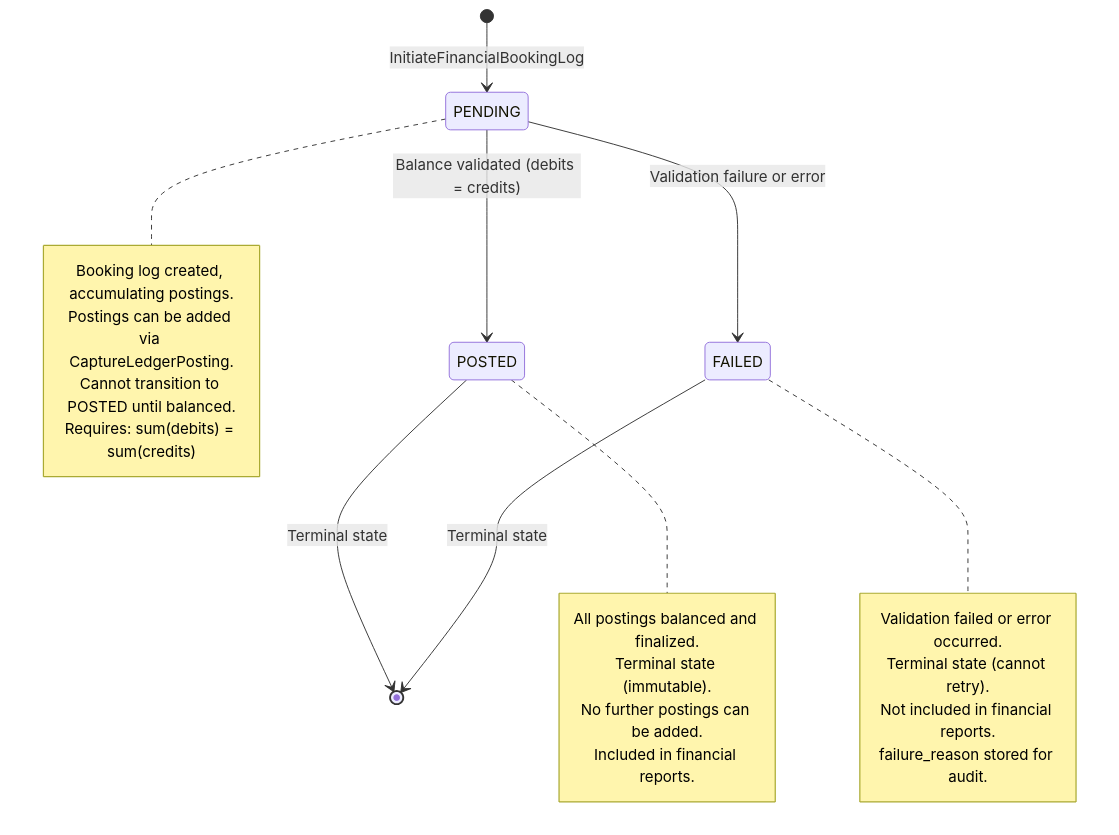
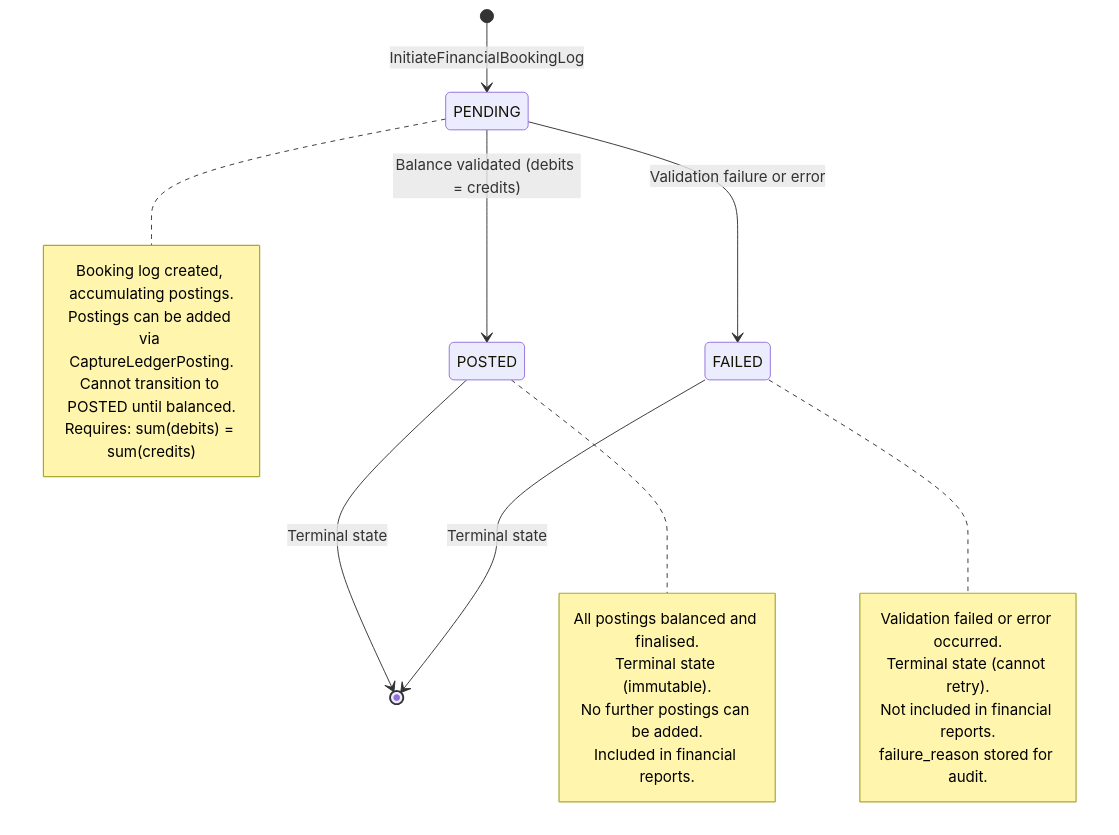
Before and after one commit to meridianhub/meridian: the first of 2 diagrams in docs/architecture/api-contracts/financial-accounting-contract.md, drawn with Mermaid. The commit also changed other lines of this file and 126 other files, not shown here.

````diff
--- a/docs/architecture/api-contracts/financial-accounting-contract.md
+++ b/docs/architecture/api-contracts/financial-accounting-contract.md
@@ -42,29 +42,29 @@
 ```mermaid
 stateDiagram-v2
     [*] --> PENDING: InitiateFinancialBookingLog
     PENDING --> POSTED: Balance validated (debits = credits)
     PENDING --> FAILED: Validation failure or error
     POSTED --> [*]: Terminal state
     FAILED --> [*]: Terminal state
 
     note right of PENDING
         Booking log created, accumulating postings.
         Postings can be added via CaptureLedgerPosting.
         Cannot transition to POSTED until balanced.
         Requires: sum(debits) = sum(credits)
     end note
 
     note right of POSTED
-        All postings balanced and finalized.
+        All postings balanced and finalised.
         Terminal state (immutable).
         No further postings can be added.
         Included in financial reports.
     end note
 
     note right of FAILED
         Validation failed or error occurred.
         Terminal state (cannot retry).
         Not included in financial reports.
         failure_reason stored for audit.
     end note
 ```
````
